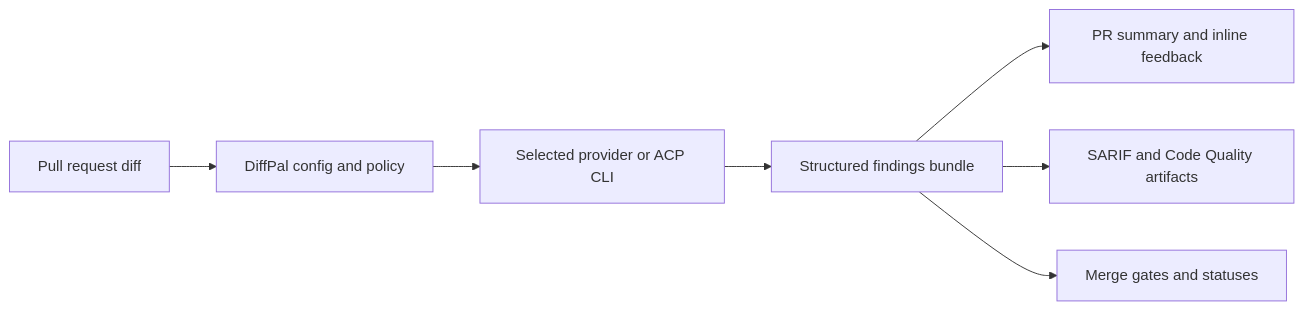
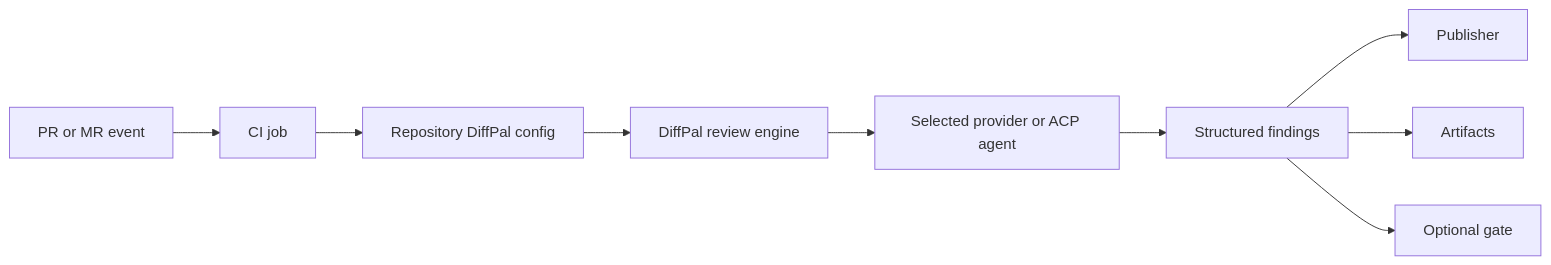
Before and after one commit to diffpal/diffpal: the diagram in docs/concepts/how-diffpal-works.md, drawn with Mermaid. The commit also changed other lines of this file and 10 other files, not shown here.

````diff
--- a/docs/concepts/how-diffpal-works.md
+++ b/docs/concepts/how-diffpal-works.md
@@ -7,9 +49,11 @@
 ```mermaid
 flowchart LR
-    A[Pull request diff] --> B[DiffPal config and policy]
-    B --> C[Selected provider or ACP CLI]
-    C --> D[Structured findings bundle]
-    D --> E[PR summary and inline feedback]
-    D --> F[SARIF and Code Quality artifacts]
-    D --> G[Merge gates and statuses]
+    A[PR or MR event] --> B[CI job]
+    B --> C[Repository DiffPal config]
+    C --> D[DiffPal review engine]
+    D --> E[Selected provider or ACP agent]
+    E --> F[Structured findings]
+    F --> G[Publisher]
+    F --> H[Artifacts]
+    F --> I[Optional gate]
 ```
````
